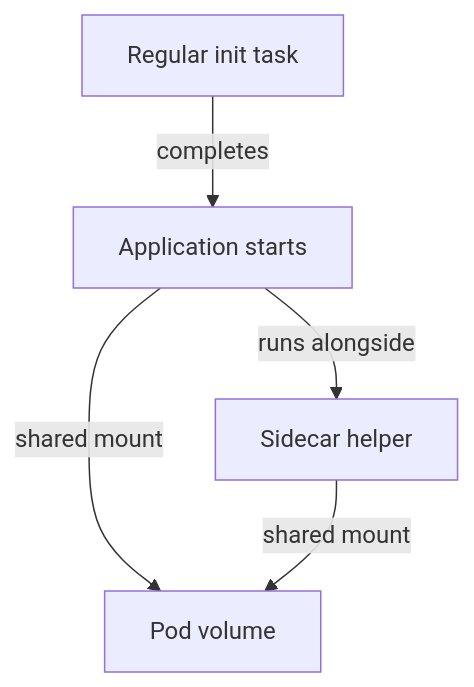
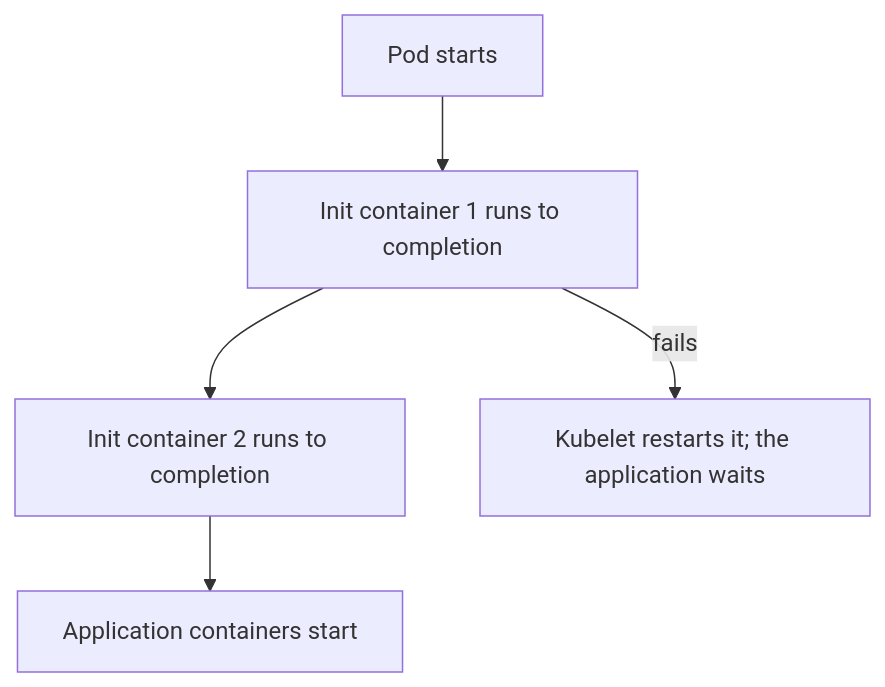
The diagram in sections/section-040/module-03/course-02-init-containers-and-sidecar-patterns.md (astrona-io/ATS037), drawn with Mermaid before and after one commit. The commit also changed other lines of this file and 332 other files, not shown here.

````diff
--- a/sections/section-040/module-03/course-02-init-containers-and-sidecar-patterns.md
+++ b/sections/section-040/module-03/course-02-init-containers-and-sidecar-patterns.md
@@ -16,7 +18,7 @@
 ```mermaid
 flowchart TB
-    I["Regular init task"] -->|"completes"| A["Application starts"]
-    A -->|"runs alongside"| S["Sidecar helper"]
-    A -->|"shared mount"| V["Pod volume"]
-    S -->|"shared mount"| V
+    S["Pod starts"] --> I1["Init container 1 runs to completion"]
+    I1 --> I2["Init container 2 runs to completion"]
+    I2 --> A["Application containers start"]
+    I1 -->|"fails"| R["Kubelet restarts it; the application waits"]
 ```
````
